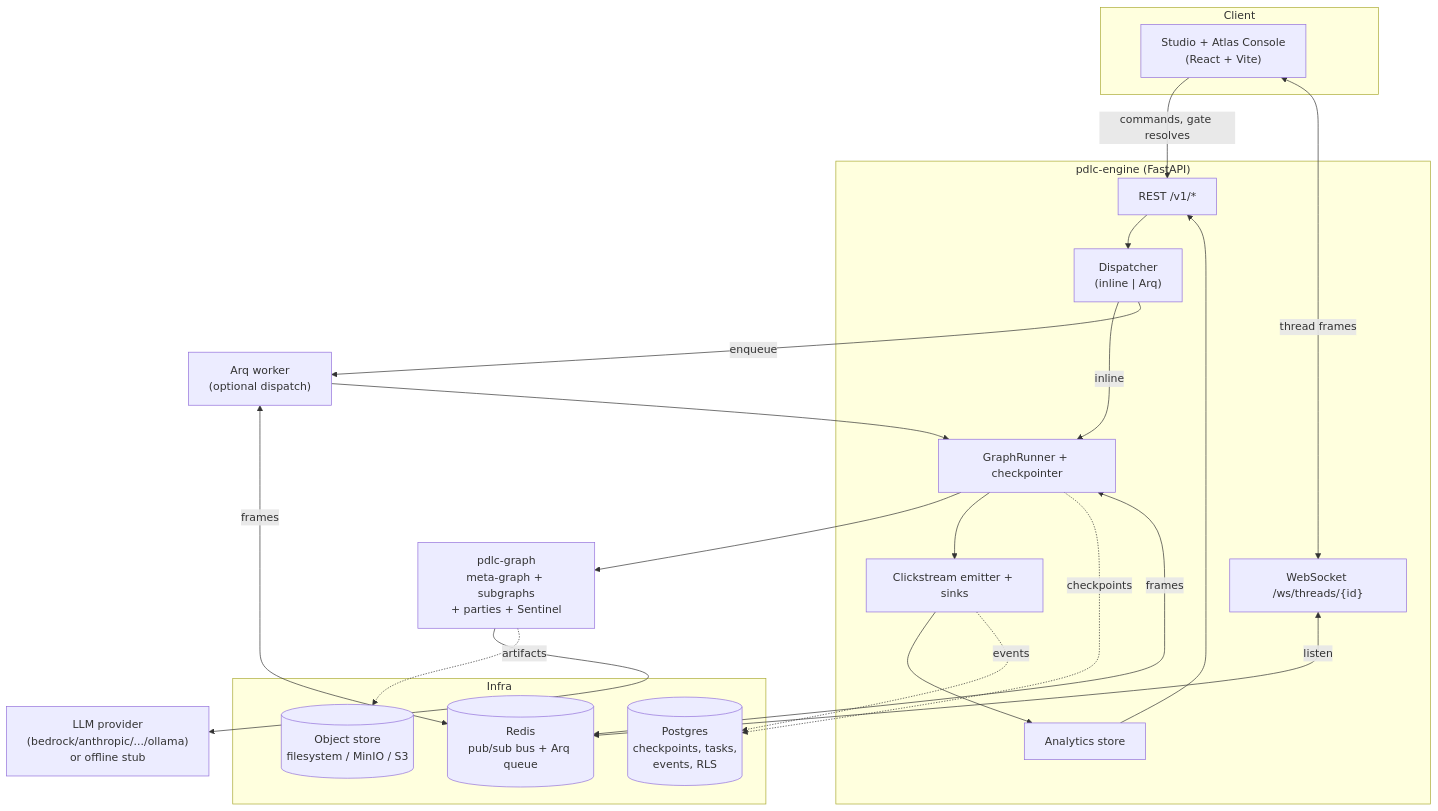
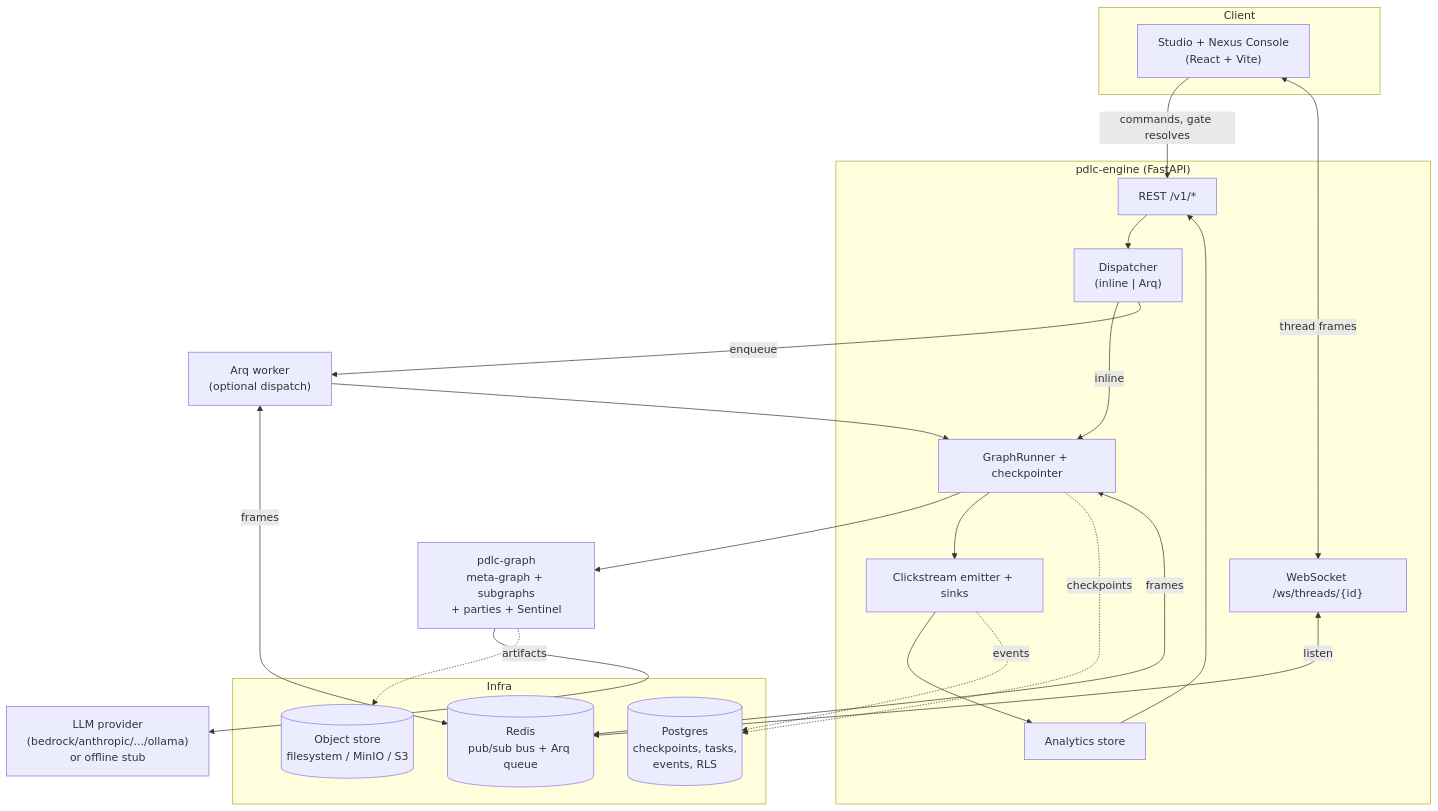
Before and after one commit to pdlc-os/pdlcflow: the diagram in docs/wiki/01-overview.md, drawn with Mermaid. The commit also changed other lines of this file and 24 other files, not shown here.

First line of the commit message:
docs+ui: rename 'Atlas Console' → 'Nexus Console' (avoid clash with Atlas the agent)

````diff
--- a/docs/wiki/01-overview.md
+++ b/docs/wiki/01-overview.md
@@ -28,44 +28,44 @@
 ```mermaid
 flowchart TB
     subgraph Client
-        Studio["Studio + Atlas Console<br/>(React + Vite)"]
+        Studio["Studio + Nexus Console<br/>(React + Vite)"]
     end
 
     subgraph Engine["pdlc-engine (FastAPI)"]
         REST["REST /v1/*"]
         WS["WebSocket /ws/threads/{id}"]
         Runner["GraphRunner + checkpointer"]
         Dispatch["Dispatcher<br/>(inline | Arq)"]
         Emitter["Clickstream emitter + sinks"]
         Analytics["Analytics store"]
     end
 
     Worker["Arq worker<br/>(optional dispatch)"]
     Graph["pdlc-graph<br/>meta-graph + subgraphs<br/>+ parties + Sentinel"]
 
     subgraph Infra
         PG[("Postgres<br/>checkpoints, tasks,<br/>events, RLS")]
         Redis[("Redis<br/>pub/sub bus + Arq queue")]
         Obj[("Object store<br/>filesystem / MinIO / S3")]
     end
 
     LLM["LLM provider<br/>(bedrock/anthropic/.../ollama)<br/>or offline stub"]
 
     Studio -->|commands, gate resolves| REST
     Studio <-->|thread frames| WS
     REST --> Dispatch
     Dispatch -->|inline| Runner
     Dispatch -->|enqueue| Worker
     Worker --> Runner
     Runner --> Graph
     Graph --> LLM
     Runner --> Emitter
     Emitter --> Analytics
     Runner -.checkpoints.-> PG
     Emitter -.events.-> PG
     Graph -.artifacts.-> Obj
     Runner <-->|frames| Redis
     Worker <-->|frames| Redis
     WS <-->|listen| Redis
     Analytics --> REST
 ```
````
